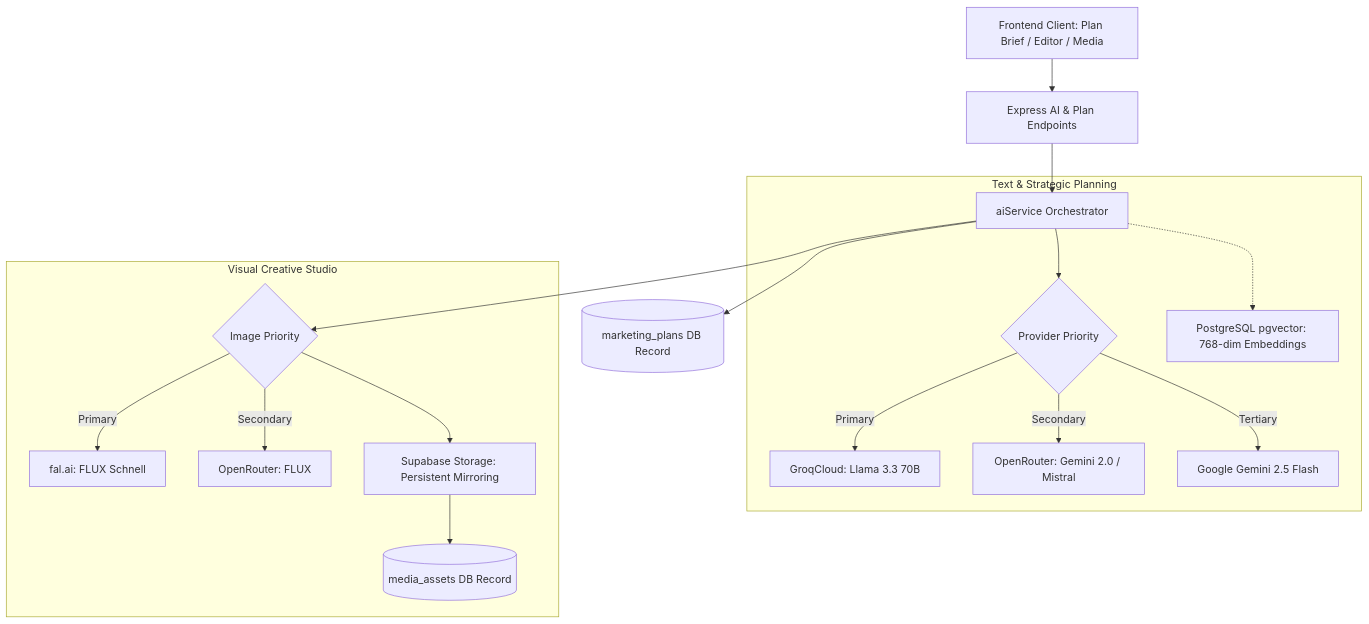
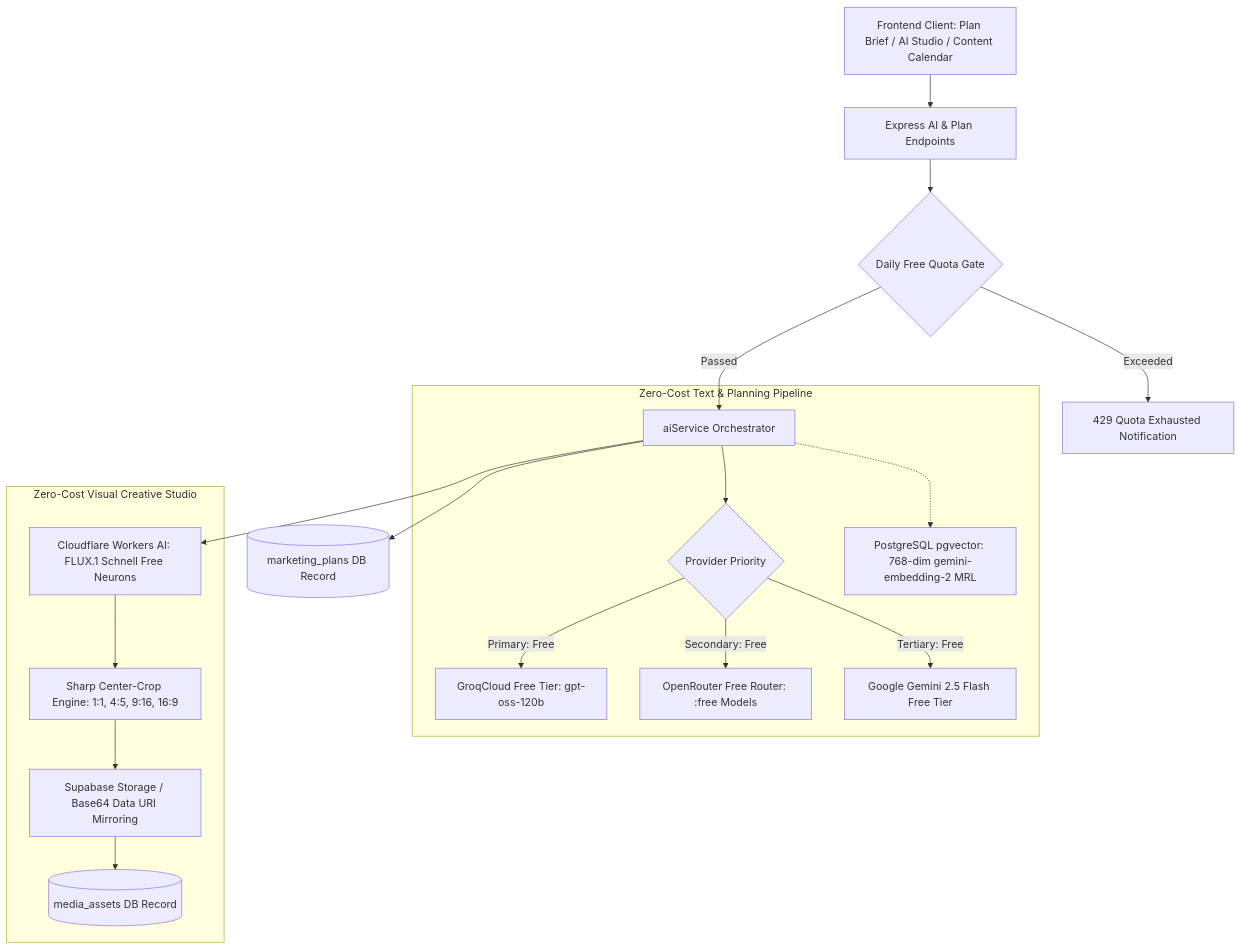
One commit to 30MUNH/Pocket-Agencom changed the diagram in ai-architecture.md. Above: the diagram before and after it, drawn with Mermaid. The commit also changed other lines of this file and 4 other files, not shown here.

Commit message:
docs(ai): update zero-cost architecture docs, scheduled post image persistence, and test suite

````diff
--- a/ai-architecture.md
+++ b/ai-architecture.md
@@ -5,23 +5,24 @@
 ```mermaid
 flowchart TD
-  UI[Frontend Client: Plan Brief / Editor / Media] --> API[Express AI & Plan Endpoints]
-  API --> Orchestrator[aiService Orchestrator]
+  UI[Frontend Client: Plan Brief / AI Studio / Content Calendar] --> API[Express AI & Plan Endpoints]
+  API --> QuotaCheck{Daily Free Quota Gate}
+  QuotaCheck -->|Exceeded| QuotaError[429 Quota Exhausted Notification]
+  QuotaCheck -->|Passed| Orchestrator[aiService Orchestrator]
   
-  subgraph Text & Strategic Planning
-    Orchestrator --> FallbackCheck{Provider Priority}
-    FallbackCheck -->|Primary| Groq[GroqCloud: Llama 3.3 70B]
-    FallbackCheck -->|Secondary| OR[OpenRouter: Gemini 2.0 / Mistral]
-    FallbackCheck -->|Tertiary| Gem[Google Gemini 2.5 Flash]
-    Orchestrator -.-> RAG[PostgreSQL pgvector: 768-dim Embeddings]
+  subgraph Zero-Cost Text & Planning Pipeline
+    Orchestrator --> TextFallback{Provider Priority}
+    TextFallback -->|Primary: Free| Groq[GroqCloud Free Tier: gpt-oss-120b]
+    TextFallback -->|Secondary: Free| OR[OpenRouter Free Router: :free Models]
+    TextFallback -->|Tertiary: Free| Gem[Google Gemini 2.5 Flash Free Tier]
+    Orchestrator -.-> RAG[PostgreSQL pgvector: 768-dim gemini-embedding-2 MRL]
   end
 
-  subgraph Visual Creative Studio
-    Orchestrator --> ImgFallback{Image Priority}
-    ImgFallback -->|Primary| Fal[fal.ai: FLUX Schnell]
-    ImgFallback -->|Secondary| ORImg[OpenRouter: FLUX]
-    ImgFallback --> Storage[Supabase Storage: Persistent Mirroring]
+  subgraph Zero-Cost Visual Creative Studio
+    Orchestrator --> CF[Cloudflare Workers AI: FLUX.1 Schnell Free Neurons]
+    CF --> SharpCrop[Sharp Center-Crop Engine: 1:1, 4:5, 9:16, 16:9]
+    SharpCrop --> Storage[Supabase Storage / Base64 Data URI Mirroring]
     Storage --> MediaAsset[(media_assets DB Record)]
   end
 
   Orchestrator --> Plan[(marketing_plans DB Record)]
 ```
````
